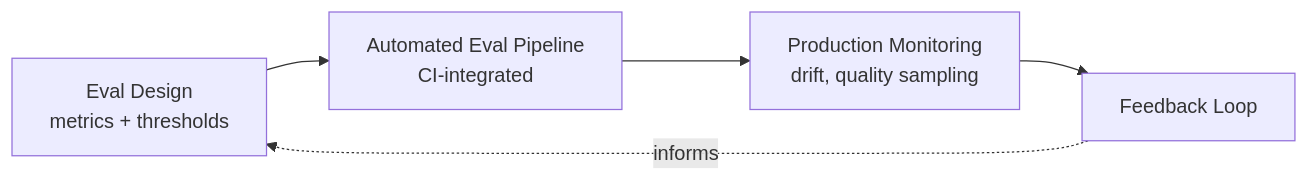
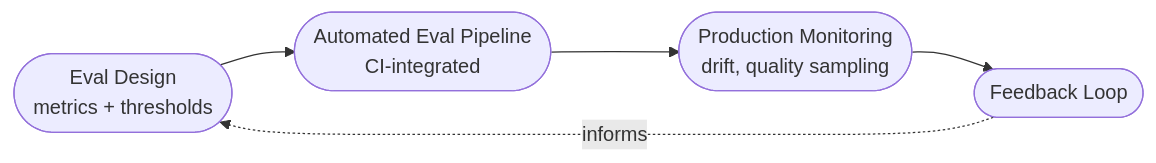
One commit to Sunparus/ai-native-product-ops changed the diagram in docs/domains/evaluation-observability/index.md. Above: the diagram before and after it, drawn with Mermaid. The commit also changed 11 other files, not shown here.

````diff
--- a/docs/domains/evaluation-observability/index.md
+++ b/docs/domains/evaluation-observability/index.md
@@ -10,7 +10,7 @@
 ```mermaid
 flowchart LR
-    DESIGN[Eval Design<br/>metrics + thresholds] --> PIPE[Automated Eval Pipeline<br/>CI-integrated]
-    PIPE --> PROD[Production Monitoring<br/>drift, quality sampling]
-    PROD --> LOOP[Feedback Loop]
+    DESIGN(["Eval Design<br/>metrics + thresholds"]) --> PIPE(["Automated Eval Pipeline<br/>CI-integrated"])
+    PIPE --> PROD(["Production Monitoring<br/>drift, quality sampling"])
+    PROD --> LOOP(["Feedback Loop"])
     LOOP -.informs.-> DESIGN
 ```
````
